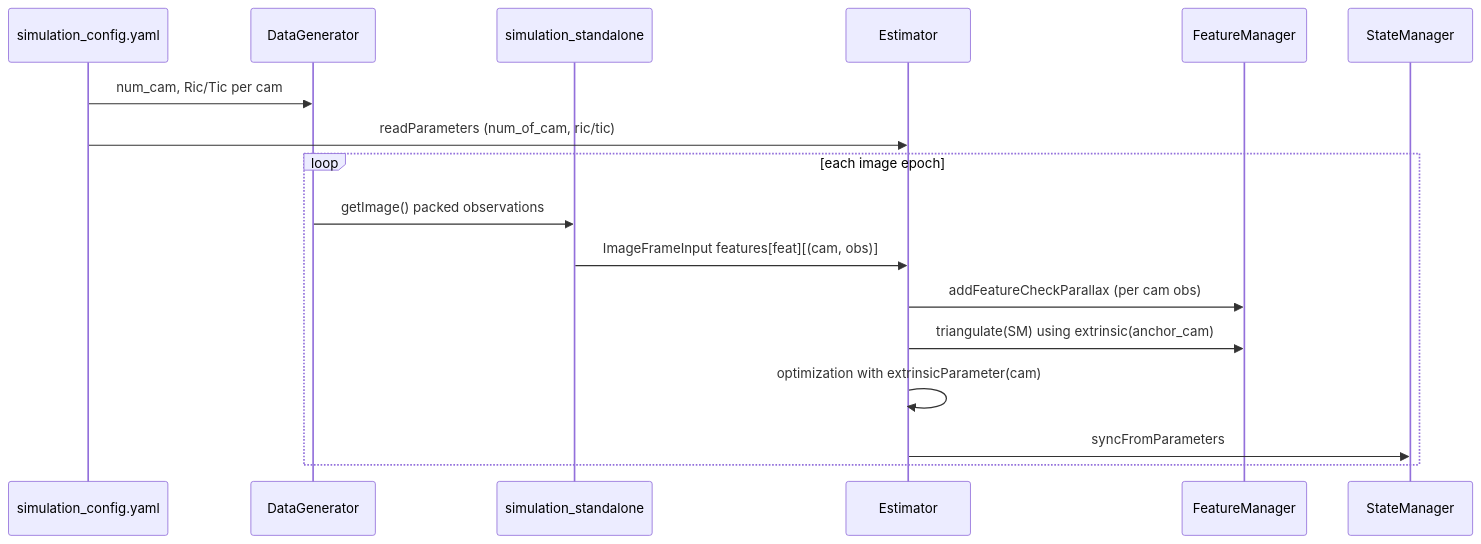
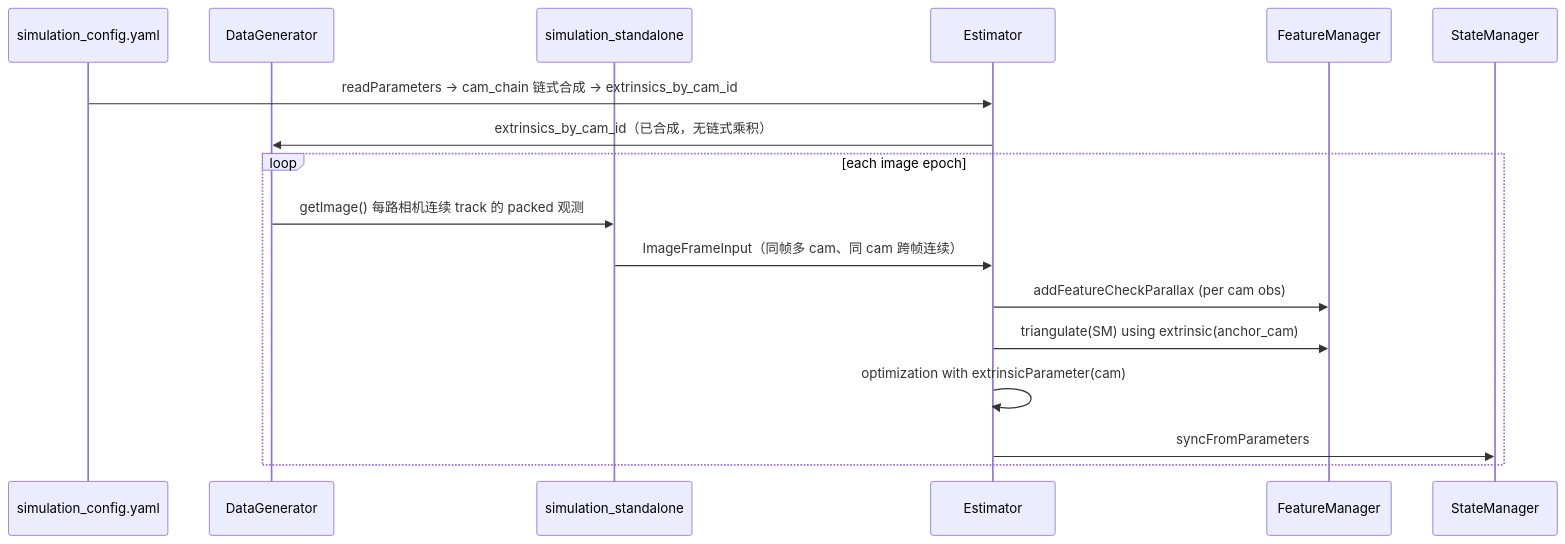
Before and after one commit to liujiacheng1009/VINS-Mono: the diagram in docs/multi_camera_design.md, drawn with Mermaid. The commit also changed other lines of this file and 12 other files, not shown here.

````diff
--- a/docs/multi_camera_design.md
+++ b/docs/multi_camera_design.md
@@ -216,20 +274,20 @@
 ```mermaid
 sequenceDiagram
     participant YAML as simulation_config.yaml
     participant DG as DataGenerator
     participant Sim as simulation_standalone
     participant Est as Estimator
     participant FM as FeatureManager
     participant SM as StateManager
 
-    YAML->>DG: num_cam, Ric/Tic per cam
-    YAML->>Est: readParameters (num_of_cam, ric/tic)
+    YAML->>Est: readParameters → cam_chain 链式合成 → extrinsics_by_cam_id
+    Est->>DG: extrinsics_by_cam_id（已合成，无链式乘积）
     loop each image epoch
-        DG->>Sim: getImage() packed observations
-        Sim->>Est: ImageFrameInput features[feat][(cam, obs)]
+        DG->>Sim: getImage() 每路相机连续 track 的 packed 观测
+        Sim->>Est: ImageFrameInput（同帧多 cam、同 cam 跨帧连续）
         Est->>FM: addFeatureCheckParallax (per cam obs)
         Est->>FM: triangulate(SM) using extrinsic(anchor_cam)
         Est->>Est: optimization with extrinsicParameter(cam)
         Est->>SM: syncFromParameters
     end
 ```
````
